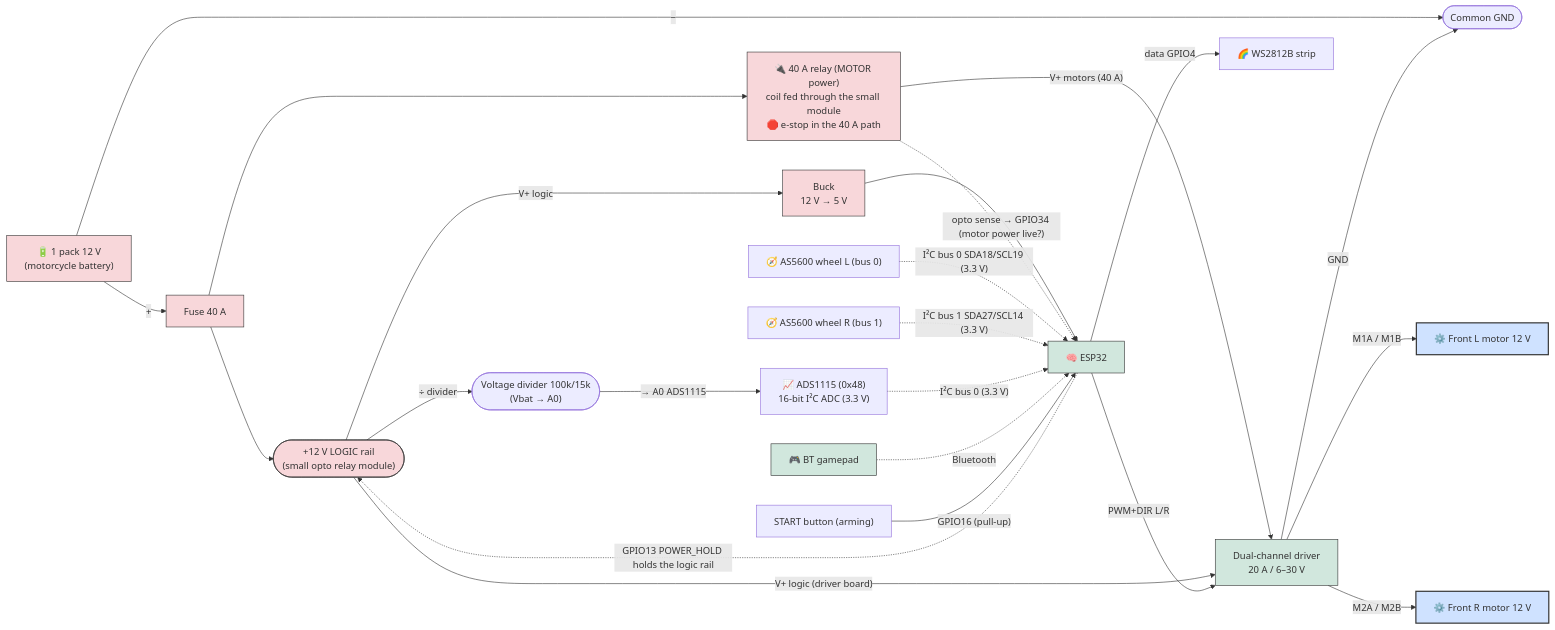
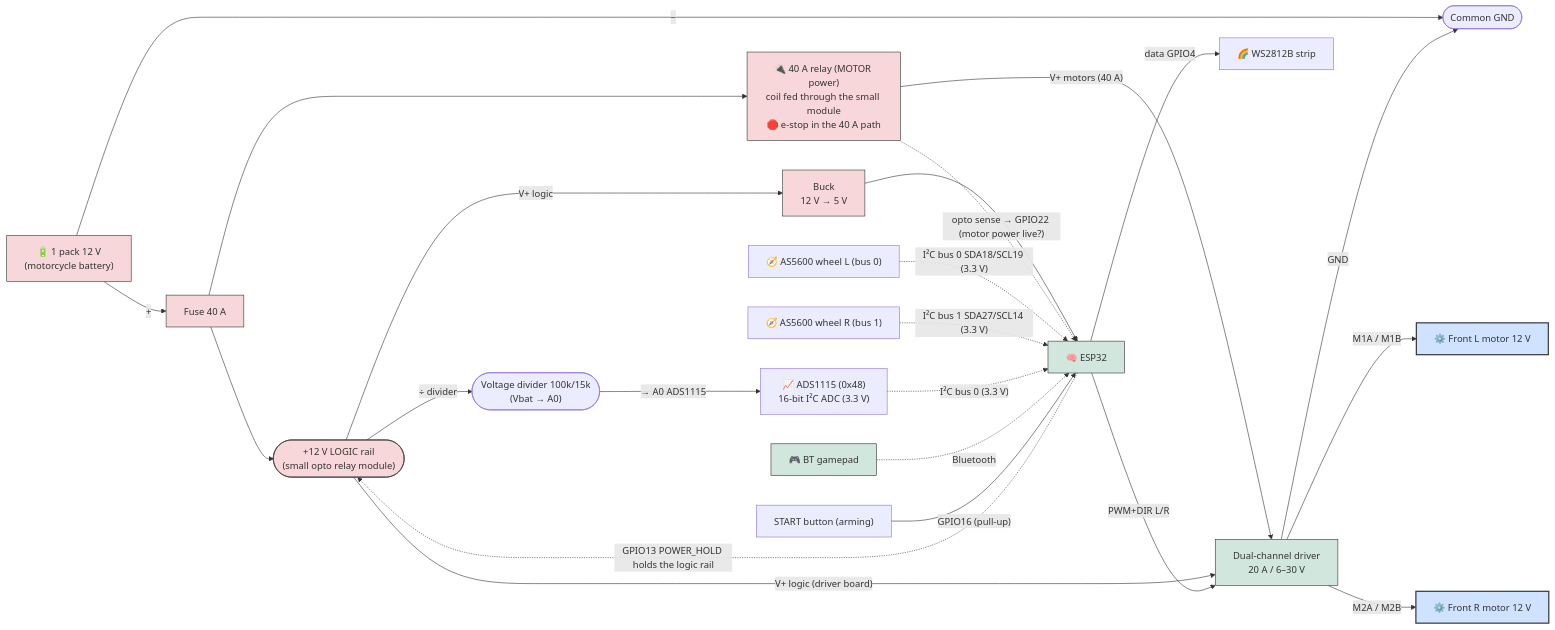
The sixth of 10 diagrams in README.md (pinkymaxou/powered-soapbox-car), drawn with Mermaid before and after one commit. The commit also changed other lines of this file and 9 other files, not shown here.

````diff
--- a/README.md
+++ b/README.md
@@ -436,52 +436,52 @@
 ```mermaid
 flowchart LR
     BATT["🔋 1 pack 12 V<br/>(motorcycle battery)"]
     FUSE["Fuse 40 A"]
     RAIL(["+12 V LOGIC rail<br/>(small opto relay module)"])
     SW["🔌 40 A relay (MOTOR power)<br/>coil fed through the small module<br/>🛑 e-stop in the 40 A path"]
     GNDC(["Common GND"])
     BUCK["Buck<br/>12 V → 5 V"]
     ESP["🧠 ESP32"]
     PAD["🎮 BT gamepad"]
     DRV["Dual-channel driver<br/>20 A / 6–30 V"]
     M1["⚙️ Front L motor 12 V"]
     M2["⚙️ Front R motor 12 V"]
     ADS["📈 ADS1115 (0x48)<br/>16-bit I²C ADC (3.3 V)"]
     EG["🧭 AS5600 wheel L (bus 0)"]
     ED["🧭 AS5600 wheel R (bus 1)"]
     DIVB(["Voltage divider 100k/15k<br/>(Vbat → A0)"])
     BTN["START button (arming)"]
     WS["🌈 WS2812B strip"]
 
     %% Power: two rails — the small module holds the LOGIC, the 40 A relay feeds the MOTORS
     BATT -- "+" --> FUSE --> RAIL
     FUSE --> SW
     SW -- "V+ motors (40 A)" --> DRV
     RAIL -- "V+ logic (driver board)" --> DRV
     RAIL -- "V+ logic" --> BUCK --> ESP
     BATT -- "−" --> GNDC
     DRV -- "GND" --> GNDC
     ESP -. "GPIO13 POWER_HOLD holds the logic rail" .-> RAIL
-    SW -. "opto sense → GPIO34 (motor power live?)" .-> ESP
+    SW -. "opto sense → GPIO22 (motor power live?)" .-> ESP
 
     %% Motor outputs + speed feedback
     DRV -- "M1A / M1B" --> M1
     DRV -- "M2A / M2B" --> M2
     EG -. "I²C bus 0 SDA18/SCL19 (3.3 V)" .-> ESP
     ED -. "I²C bus 1 SDA27/SCL14 (3.3 V)" .-> ESP
     ADS -. "I²C bus 0 (3.3 V)" .-> ESP
 
     %% Signals
     PAD -. "Bluetooth" .-> ESP
     ESP -- "PWM+DIR L/R" --> DRV
     RAIL -- "÷ divider" --> DIVB -- "→ A0 ADS1115" --> ADS
     BTN -- "GPIO16 (pull-up)" --> ESP
     ESP -- "data GPIO4" --> WS
 
     classDef pwr fill:#f8d7da,stroke:#333;
     classDef ctrl fill:#d1e7dd,stroke:#333;
     classDef mot fill:#cfe2ff,stroke:#333,stroke-width:2px;
     class BATT,FUSE,RAIL,SW,BUCK pwr;
     class ESP,DRV,PAD ctrl;
     class M1,M2 mot;
 ```
````
